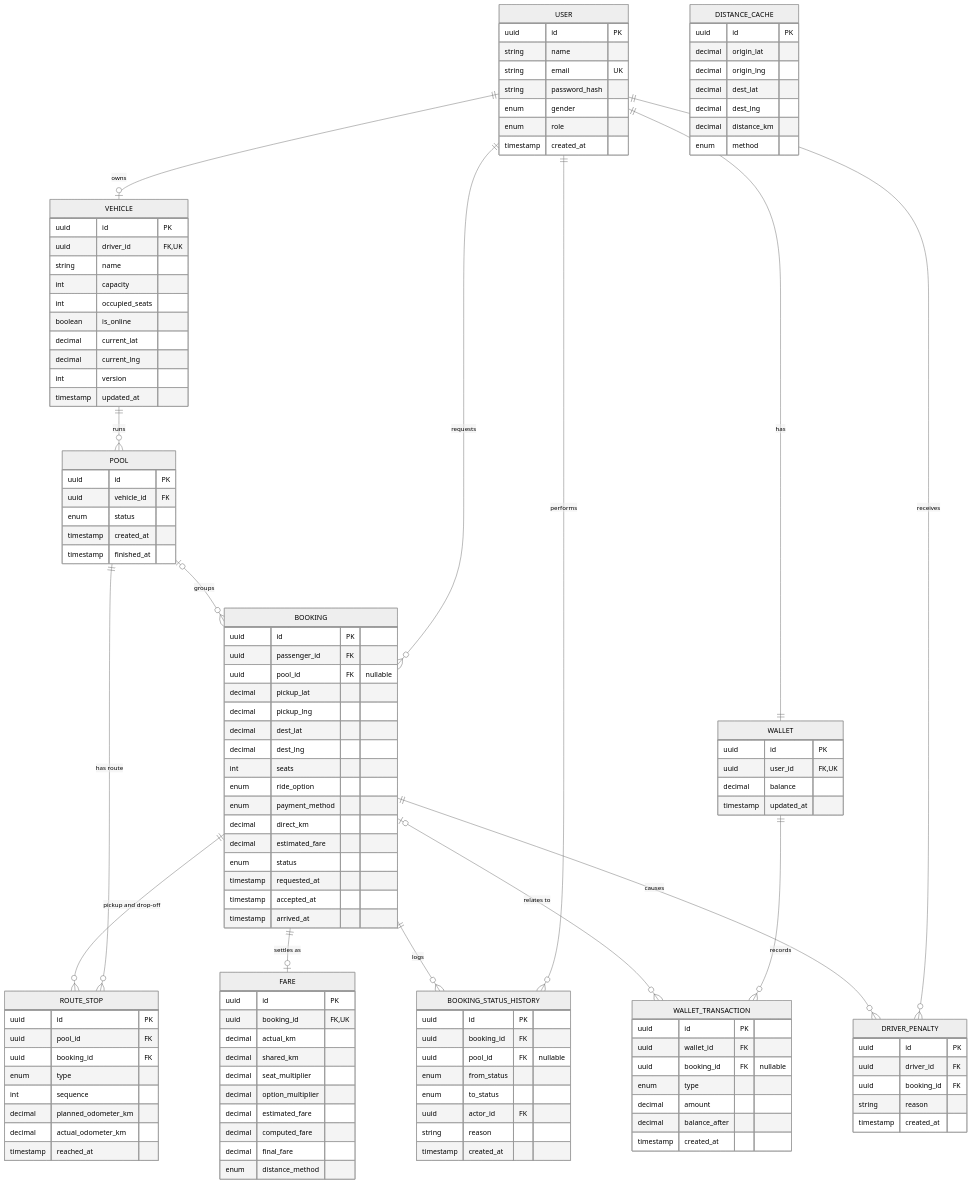
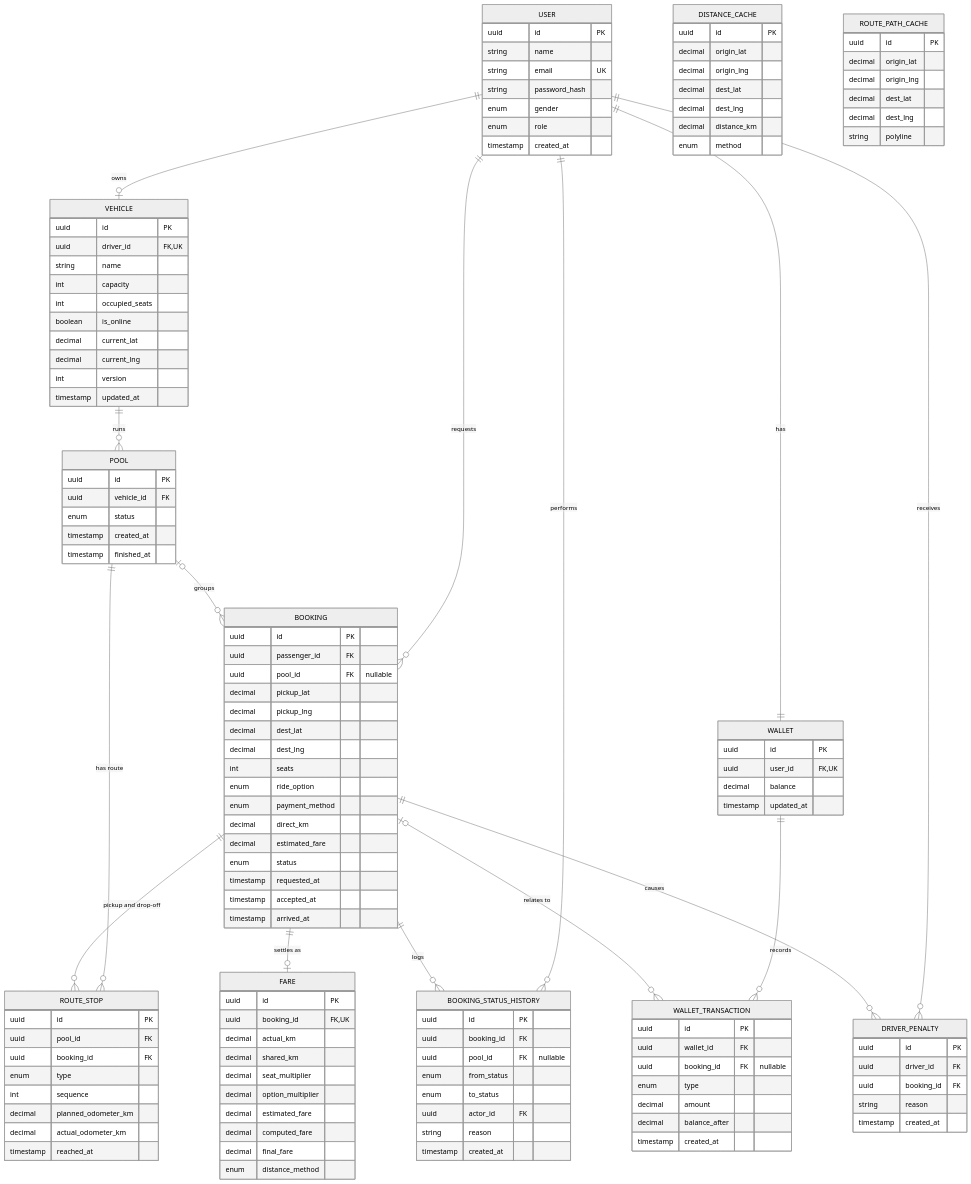
The diagram in docs/Dhaka_Tesla_Pool_Core_Entities.md (NightmareXIX/ride-sharing-app), drawn with Mermaid (neutral theme) before and after one commit. The commit also changed other lines of this file and 5 other files, not shown here.

````diff
--- a/docs/Dhaka_Tesla_Pool_Core_Entities.md
+++ b/docs/Dhaka_Tesla_Pool_Core_Entities.md
@@ -249,4 +256,12 @@
         decimal distance_km
         enum method
     }
+    ROUTE_PATH_CACHE {
+        uuid id PK
+        decimal origin_lat
+        decimal origin_lng
+        decimal dest_lat
+        decimal dest_lng
+        string polyline
+    }
 ```
````
